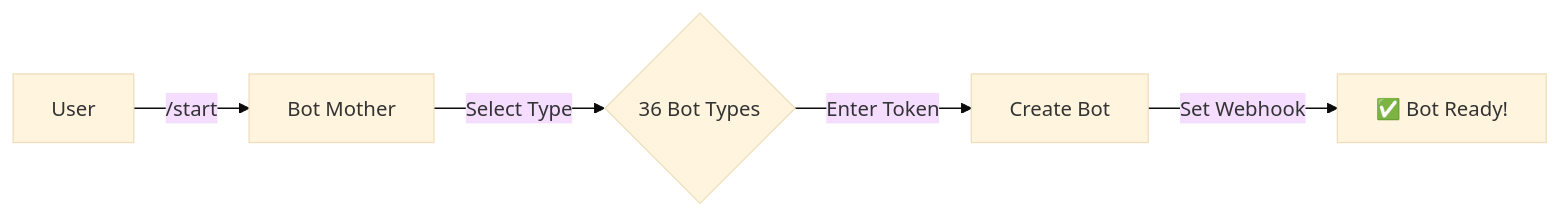
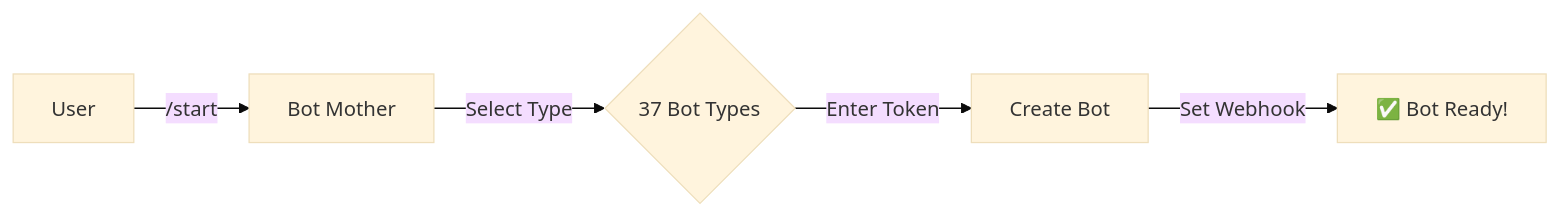
One commit to saber13812002/bot-generator-bale-telegram-laravel-10 changed the first of 2 diagrams in README.md. Above: the diagram before and after it, drawn with Mermaid (base theme). The commit also changed other lines of this file and 51 other files, not shown here.

````diff
--- a/README.md
+++ b/README.md
@@ -76,7 +76,7 @@
 ```mermaid
 graph LR
     A[User] -->|/start| B[Bot Mother]
-    B -->|Select Type| C{36 Bot Types}
+    B -->|Select Type| C{37 Bot Types}
     C -->|Enter Token| D[Create Bot]
     D -->|Set Webhook| E[✅ Bot Ready!]
 ```
````
